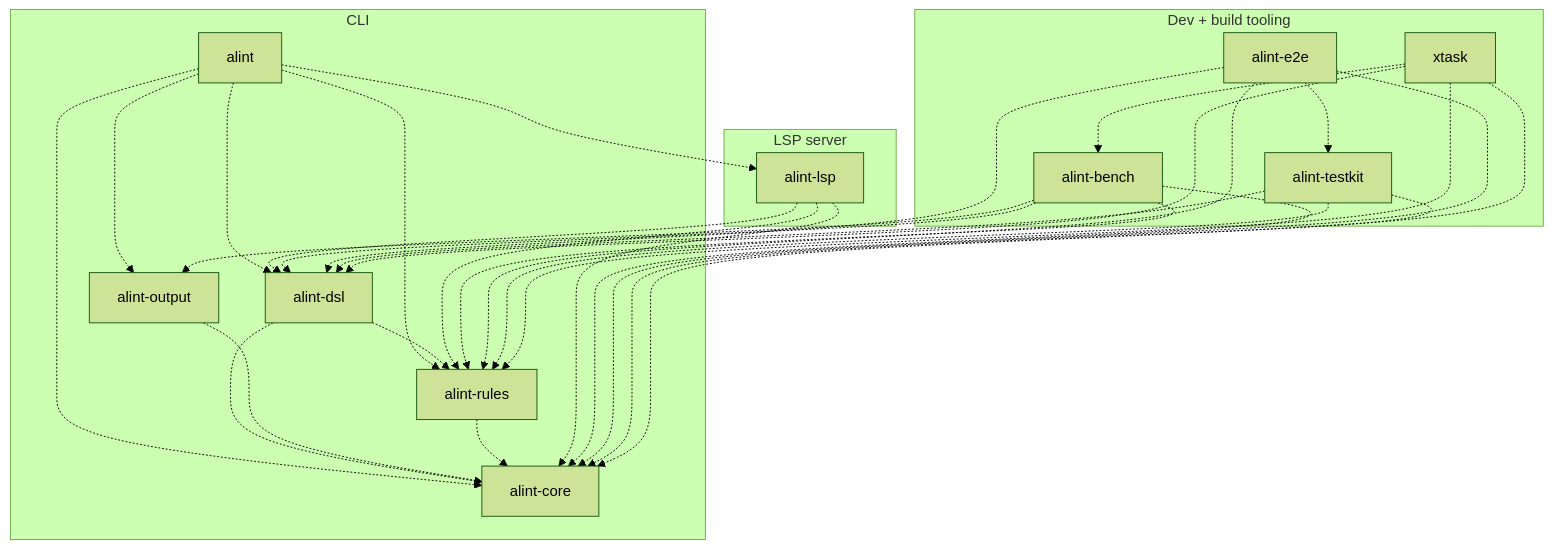
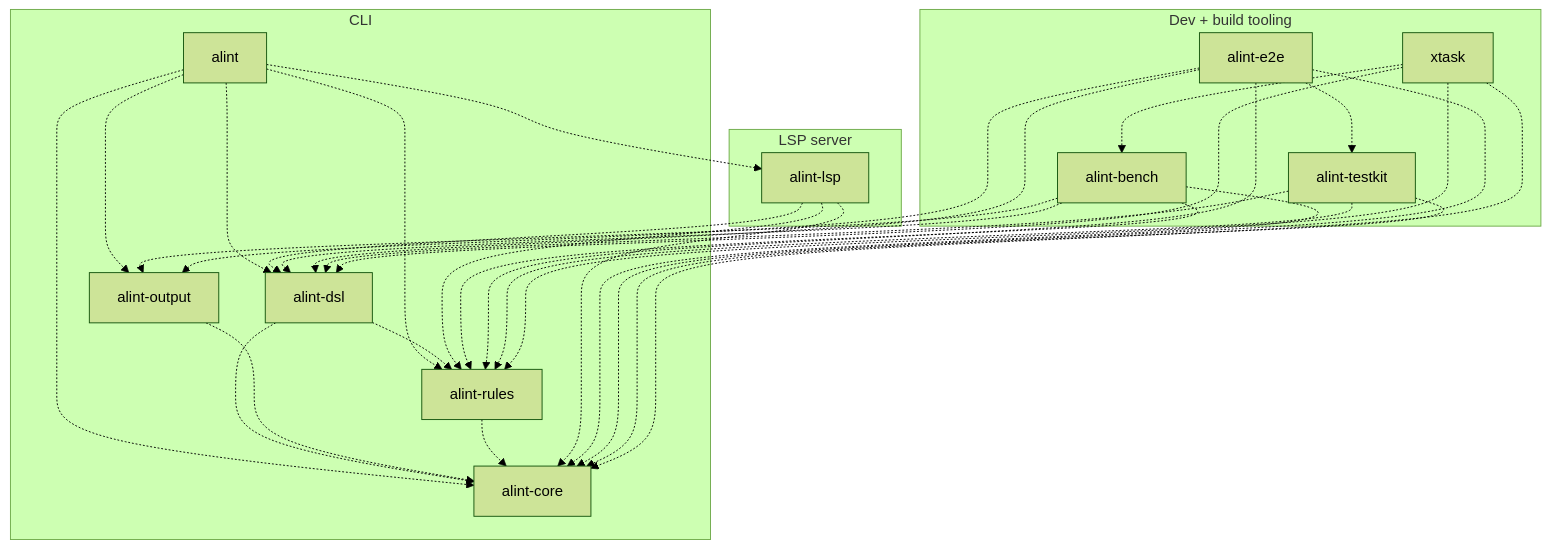
One commit to actions-marketplace-validations/asamarts_alint changed the fourth of 27 diagrams in docs/design/architecture/DIAGRAMS.md. Above: the diagram before and after it, drawn with Mermaid (forest theme). The commit also changed 8 other files, not shown here.

````diff
--- a/docs/design/architecture/DIAGRAMS.md
+++ b/docs/design/architecture/DIAGRAMS.md
@@ -108,46 +108,47 @@
 ```mermaid
 graph TB
   subgraph AlintTooling["`Dev + build tooling`"]
     AlintTooling.E2e["alint-e2e"]
     AlintTooling.Xtask["xtask"]
     AlintTooling.Testkit["alint-testkit"]
     AlintTooling.Bench["alint-bench"]
   end
   subgraph AlintCli["`CLI`"]
     AlintCli.AlintBin["alint"]
     AlintCli.Output["alint-output"]
     AlintCli.Dsl["alint-dsl"]
     AlintCli.Rules["alint-rules"]
     AlintCli.Core["alint-core"]
   end
   subgraph AlintLspServer["`LSP server`"]
     AlintLspServer.Lspd["alint-lsp"]
   end
   AlintCli.AlintBin -.-> AlintCli.Core
   AlintCli.AlintBin -.-> AlintCli.Dsl
   AlintCli.Dsl -.-> AlintCli.Core
   AlintCli.AlintBin -.-> AlintCli.Output
   AlintCli.Output -.-> AlintCli.Core
   AlintCli.AlintBin -.-> AlintCli.Rules
   AlintCli.Dsl -.-> AlintCli.Rules
   AlintCli.Rules -.-> AlintCli.Core
   AlintCli.AlintBin -.-> AlintLspServer.Lspd
   AlintLspServer.Lspd -.-> AlintCli.Core
   AlintLspServer.Lspd -.-> AlintCli.Dsl
   AlintLspServer.Lspd -.-> AlintCli.Rules
   AlintTooling.Bench -.-> AlintCli.Core
   AlintTooling.Bench -.-> AlintCli.Dsl
   AlintTooling.Bench -.-> AlintCli.Output
   AlintTooling.Bench -.-> AlintCli.Rules
   AlintTooling.E2e -.-> AlintCli.Core
   AlintTooling.E2e -.-> AlintCli.Dsl
+  AlintTooling.E2e -.-> AlintCli.Output
   AlintTooling.E2e -.-> AlintCli.Rules
   AlintTooling.E2e -.-> AlintTooling.Testkit
   AlintTooling.Testkit -.-> AlintCli.Core
   AlintTooling.Testkit -.-> AlintCli.Dsl
   AlintTooling.Testkit -.-> AlintCli.Rules
   AlintTooling.Xtask -.-> AlintCli.Core
   AlintTooling.Xtask -.-> AlintCli.Dsl
   AlintTooling.Xtask -.-> AlintCli.Rules
   AlintTooling.Xtask -.-> AlintTooling.Bench
 ```
````
